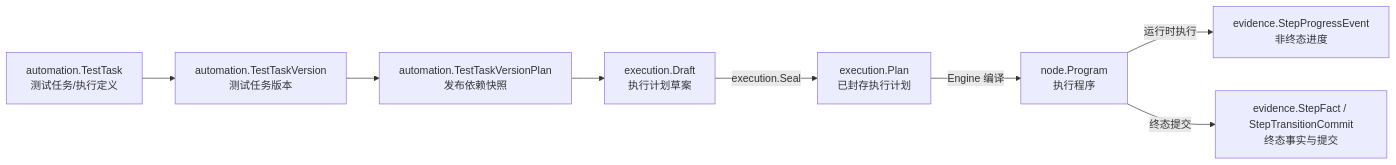
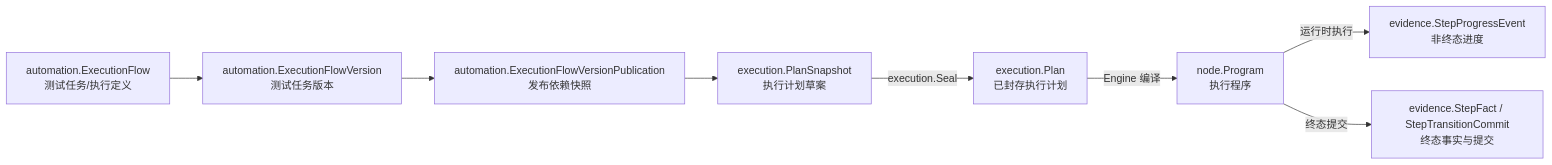
The diagram in docs/terminology.md (Capsule7446/healix-core), drawn with Mermaid before and after one commit. The commit also changed other lines of this file and 380 other files, not shown here.

````diff
--- a/docs/terminology.md
+++ b/docs/terminology.md
@@ -101,10 +110,10 @@
 ```mermaid
 flowchart LR
-    Task[automation.TestTask\n测试任务/执行定义] --> Version[automation.TestTaskVersion\n测试任务版本]
-    Version --> Publication[automation.TestTaskVersionPlan\n发布依赖快照]
-    Publication --> Draft[execution.Draft\n执行计划草案]
+    Task[automation.ExecutionFlow\n测试任务/执行定义] --> Version[automation.ExecutionFlowVersion\n测试任务版本]
+    Version --> Publication[automation.ExecutionFlowVersionPublication\n发布依赖快照]
+    Publication --> Draft[execution.PlanSnapshot\n执行计划草案]
     Draft -->|execution.Seal| Plan[execution.Plan\n已封存执行计划]
     Plan -->|Engine 编译| Program[node.Program\n执行程序]
     Program -->|运行时执行| Progress[evidence.StepProgressEvent\n非终态进度]
     Program -->|终态提交| Evidence[evidence.StepFact / StepTransitionCommit\n终态事实与提交]
 ```
````
